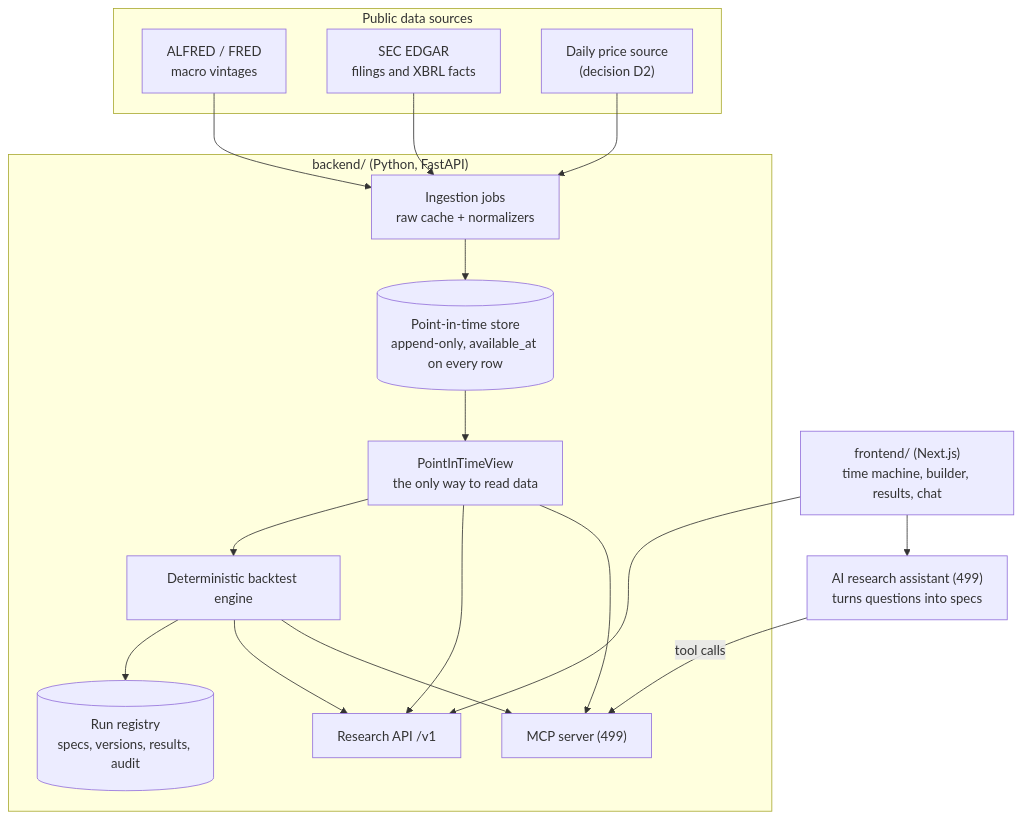
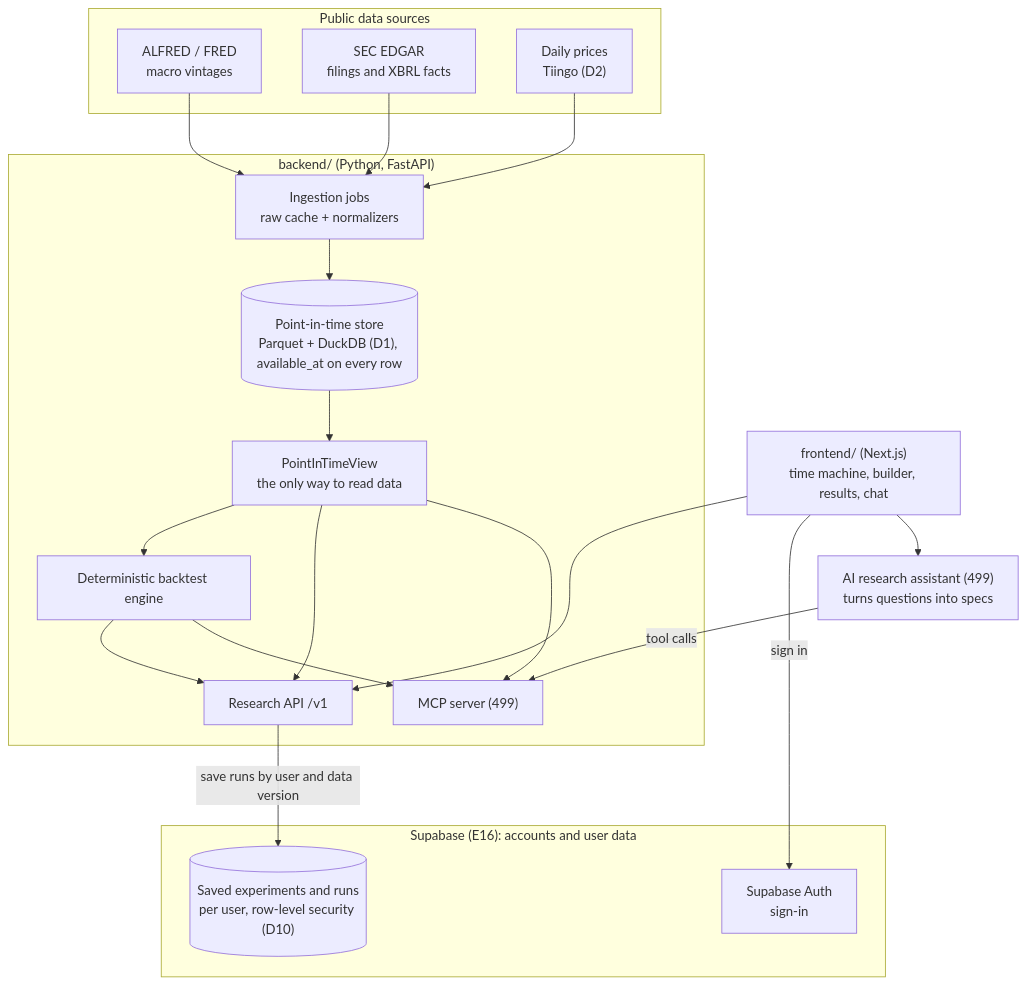
One commit to nfiasco/Quant-Time-Machine changed the first of 3 diagrams in doc/roadmap.md. Above: the diagram before and after it, drawn with Mermaid. The commit also changed other lines of this file and 3 other files, not shown here.

First line of the commit message:
Update READMEs and roadmap for M1; plan accounts epic (E16)

````diff
--- a/doc/roadmap.md
+++ b/doc/roadmap.md
@@ -161,31 +164,37 @@
 ```mermaid
 flowchart TB
     subgraph sources["Public data sources"]
         alfred["ALFRED / FRED<br/>macro vintages"]
         edgar["SEC EDGAR<br/>filings and XBRL facts"]
-        prices["Daily price source<br/>(decision D2)"]
+        prices["Daily prices<br/>Tiingo (D2)"]
+    end
+
+    subgraph supabase["Supabase (E16): accounts and user data"]
+        auth["Supabase Auth<br/>sign-in"]
+        runs[("Saved experiments and runs<br/>per user, row-level security (D10)")]
     end
 
     subgraph backend["backend/ (Python, FastAPI)"]
         ingest["Ingestion jobs<br/>raw cache + normalizers"]
-        store[("Point-in-time store<br/>append-only, available_at on every row")]
+        store[("Point-in-time store<br/>Parquet + DuckDB (D1), available_at on every row")]
         pit["PointInTimeView<br/>the only way to read data"]
         engine["Deterministic backtest engine"]
-        runs[("Run registry<br/>specs, versions, results, audit")]
         api["Research API /v1"]
         mcp["MCP server (499)"]
         ingest --> store --> pit
-        pit --> engine --> runs
+        pit --> engine
         pit --> api
         engine --> api
         pit --> mcp
         engine --> mcp
     end
 
     alfred --> ingest
     edgar --> ingest
     prices --> ingest
+    api -->|"save runs by user and data version"| runs
     web["frontend/ (Next.js)<br/>time machine, builder, results, chat"] --> api
+    web -->|"sign in"| auth
     web --> assistant["AI research assistant (499)<br/>turns questions into specs"]
     assistant -->|"tool calls"| mcp
 ```
````
